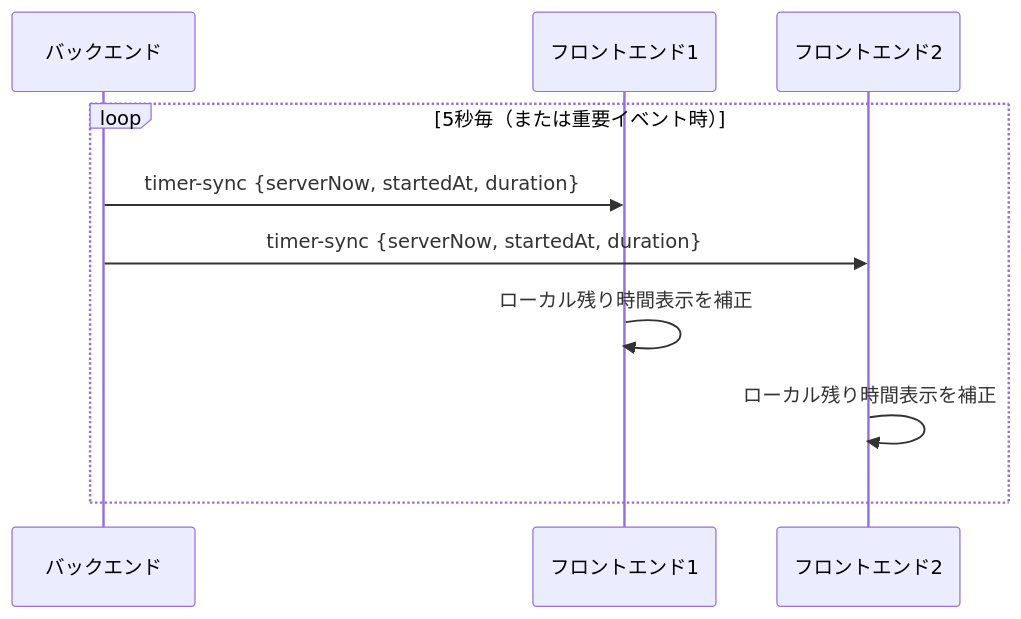
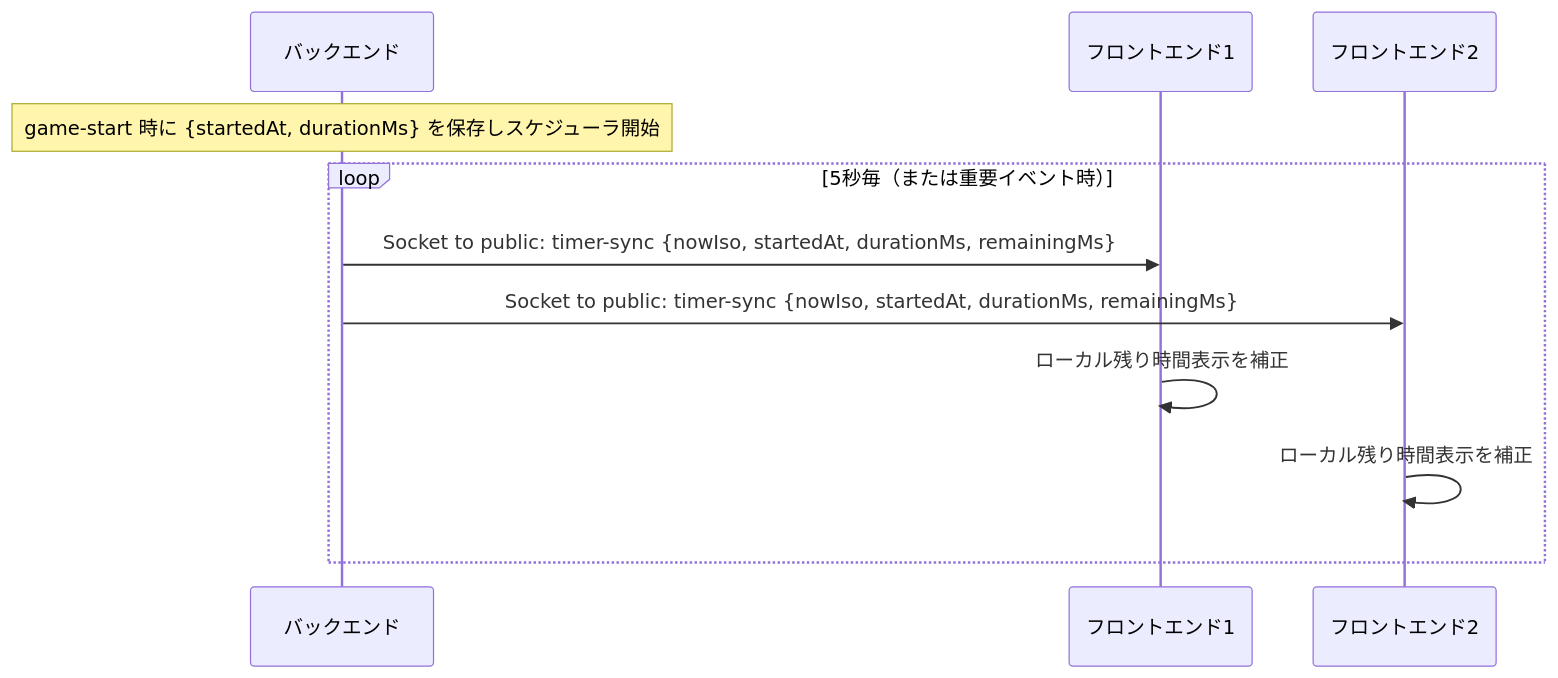
One commit to kotek-7/minpuzz changed the diagram in docs/in-game/sequence-in-game-timer-sync.mmd. Above: the diagram before and after it, drawn with Mermaid. The commit also changed other lines of this file and 6 other files, not shown here.

```diff
--- a/docs/in-game/sequence-in-game-timer-sync.mmd
+++ b/docs/in-game/sequence-in-game-timer-sync.mmd
@@ -1,14 +1,15 @@
 %%{init: {'theme':'default', 'themeVariables': {'primaryColor': '#4f46e5', 'primaryTextColor': '#fff', 'primaryBorderColor': '#3730a3', 'lineColor': '#374151', 'secondaryColor': '#e5e7eb', 'tertiaryColor': '#f3f4f6'}}}%%
 
 %% タイマー同期（低頻度・ドリフト補正）
 sequenceDiagram
     participant B as バックエンド
     participant F1 as フロントエンド1
     participant F2 as フロントエンド2
 
+    Note over B: game-start 時に {startedAt, durationMs} を保存しスケジューラ開始
     loop 5秒毎（または重要イベント時）
-        B->>F1: timer-sync {serverNow, startedAt, duration}
-        B->>F2: timer-sync {serverNow, startedAt, duration}
+        B->>F1: Socket to public: timer-sync {nowIso, startedAt, durationMs, remainingMs}
+        B->>F2: Socket to public: timer-sync {nowIso, startedAt, durationMs, remainingMs}
         F1->>F1: ローカル残り時間表示を補正
         F2->>F2: ローカル残り時間表示を補正
     end
```
